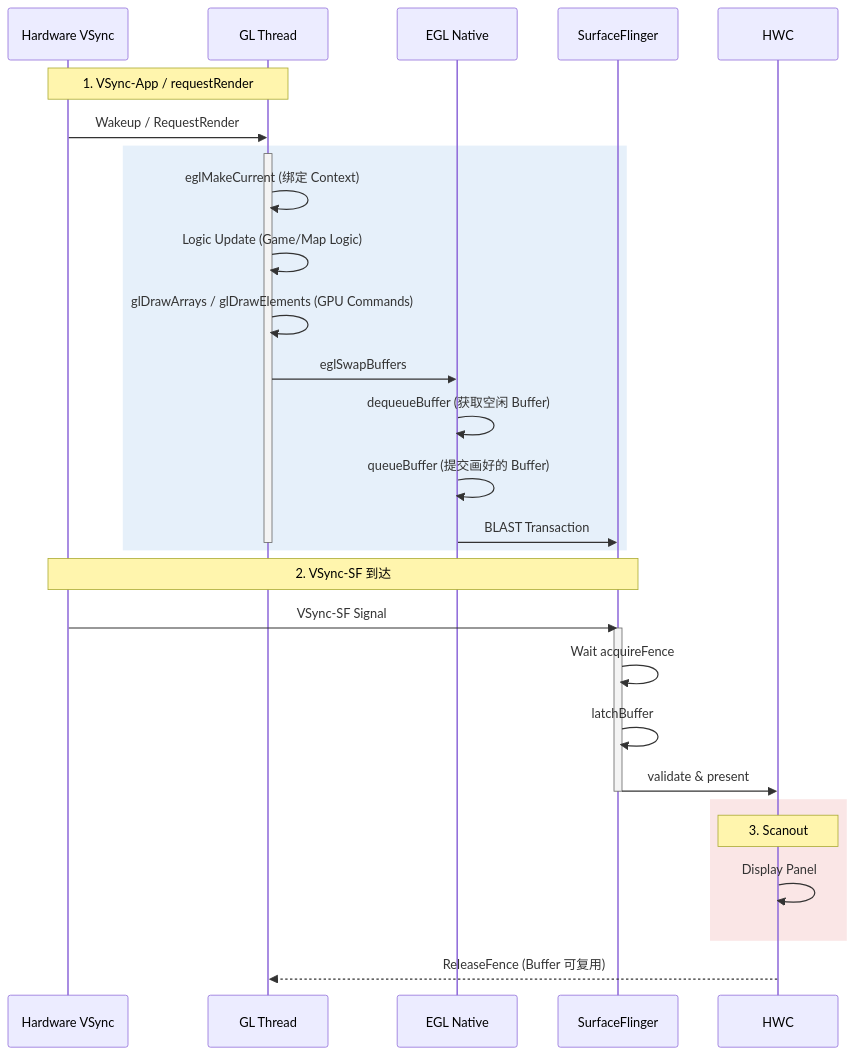
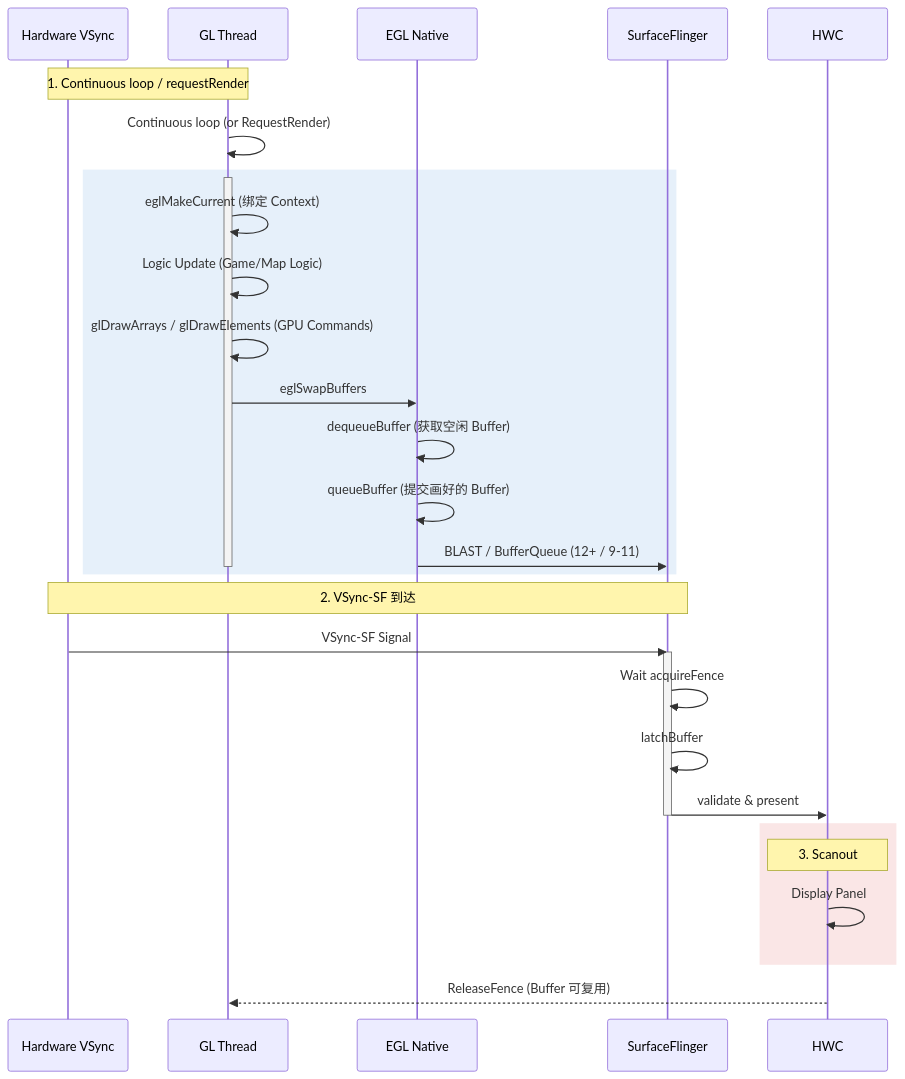
The second of 2 diagrams in src/part2-performance/ch18-rendering-pipelines/08-opengl-es.md (Gracker/android-internals-wiki), drawn with Mermaid before and after one commit. The commit also changed other lines of this file and 1 other file, not shown here.

````diff
--- a/src/part2-performance/ch18-rendering-pipelines/08-opengl-es.md
+++ b/src/part2-performance/ch18-rendering-pipelines/08-opengl-es.md
@@ -104,38 +104,38 @@
 ```mermaid
 sequenceDiagram
     participant HW as Hardware VSync
     participant GL as GL Thread
     participant EGL as EGL Native
     participant SF as SurfaceFlinger
     participant HWC as HWC
 
-    Note over HW, GL: 1. VSync-App / requestRender
-    HW->>GL: Wakeup / RequestRender
+    Note over HW, GL: 1. Continuous loop / requestRender
+    GL->>GL: Continuous loop (or RequestRender)
     
     rect rgb(230, 240, 250)
         activate GL
         GL->>GL: eglMakeCurrent (绑定 Context)
         GL->>GL: Logic Update (Game/Map Logic)
         GL->>GL: glDrawArrays / glDrawElements (GPU Commands)
         GL->>EGL: eglSwapBuffers
         EGL->>EGL: dequeueBuffer (获取空闲 Buffer)
         EGL->>EGL: queueBuffer (提交画好的 Buffer)
-        EGL->>SF: BLAST Transaction
+        EGL->>SF: BLAST / BufferQueue (12+ / 9-11)
         deactivate GL
     end
 
     Note over HW, SF: 2. VSync-SF 到达
     HW->>SF: VSync-SF Signal
     activate SF
     SF->>SF: Wait acquireFence
     SF->>SF: latchBuffer
     SF->>HWC: validate & present
     deactivate SF
 
     rect rgb(250, 230, 230)
         Note over HWC: 3. Scanout
         HWC->>HWC: Display Panel
     end
     
     HWC-->>GL: ReleaseFence (Buffer 可复用)
 ```
````
